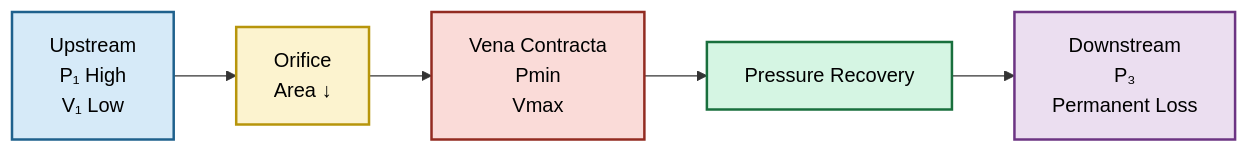
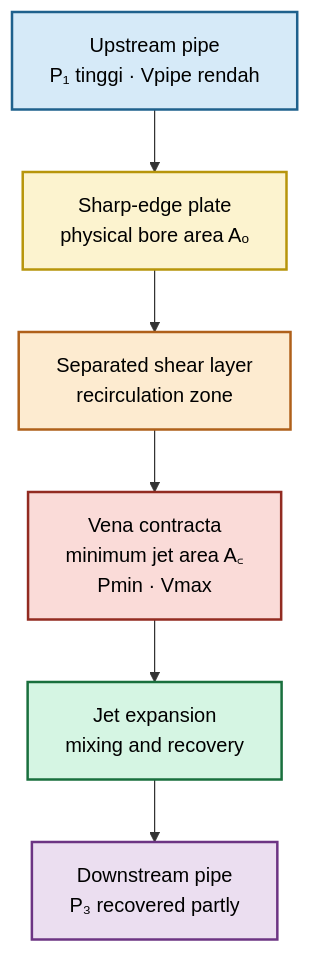
One commit to slametsampon/mx-core changed the fifth of 18 diagrams in plugins/mx-core-docs/src/content/blog/maintenance/elins/orifice-plate.mdx. Above: the diagram before and after it, drawn with Mermaid. The commit also changed other lines of this file and 4 other files, not shown here.

Commit message:
mx-core-docs: update orifice-plate

````diff
--- a/plugins/mx-core-docs/src/content/blog/maintenance/elins/orifice-plate.mdx
+++ b/plugins/mx-core-docs/src/content/blog/maintenance/elins/orifice-plate.mdx
@@ -629,21 +1703,18 @@
 ```mermaid
-flowchart LR
+flowchart TB
+    A["Upstream pipe<br/>P₁ tinggi · Vpipe rendah"]:::up
+    B["Sharp-edge plate<br/>physical bore area Aₒ"]:::plate
+    C["Separated shear layer<br/>recirculation zone"]:::sep
+    D["Vena contracta<br/>minimum jet area A꜀<br/>Pmin · Vmax"]:::vc
+    E["Jet expansion<br/>mixing and recovery"]:::rec
+    F["Downstream pipe<br/>P₃ recovered partly"]:::down
 
-A["Upstream<br/>P₁ High<br/>V₁ Low"]:::up
+    A --> B --> C --> D --> E --> F
 
-B["Orifice<br/>Area ↓"]:::ori
-
-C["Vena Contracta<br/>Pmin<br/>Vmax"]:::vc
-
-D["Pressure Recovery"]:::rec
-
-E["Downstream<br/>P₃<br/>Permanent Loss"]:::down
-
-A --> B --> C --> D --> E
-
-classDef up fill:#D6EAF8,color:#000,stroke:#1F618D,stroke-width:2px;
-classDef ori fill:#FCF3CF,color:#000,stroke:#B7950B,stroke-width:2px;
-classDef vc fill:#FADBD8,color:#000,stroke:#922B21,stroke-width:2px;
-classDef rec fill:#D5F5E3,color:#000,stroke:#196F3D,stroke-width:2px;
-classDef down fill:#EBDEF0,color:#000,stroke:#6C3483,stroke-width:2px;
+    classDef up fill:#D6EAF8,stroke:#1F618D,color:#000,stroke-width:2px;
+    classDef plate fill:#FCF3CF,stroke:#B7950B,color:#000,stroke-width:2px;
+    classDef sep fill:#FDEBD0,stroke:#AF601A,color:#000,stroke-width:2px;
+    classDef vc fill:#FADBD8,stroke:#922B21,color:#000,stroke-width:2px;
+    classDef rec fill:#D5F5E3,stroke:#196F3D,color:#000,stroke-width:2px;
+    classDef down fill:#EBDEF0,stroke:#6C3483,color:#000,stroke-width:2px;
 ```
````
